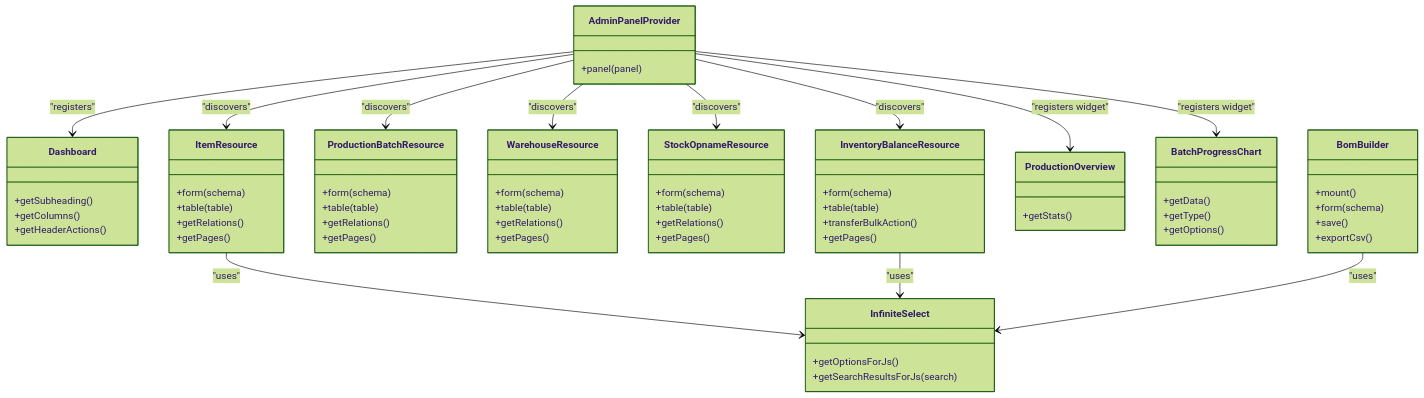
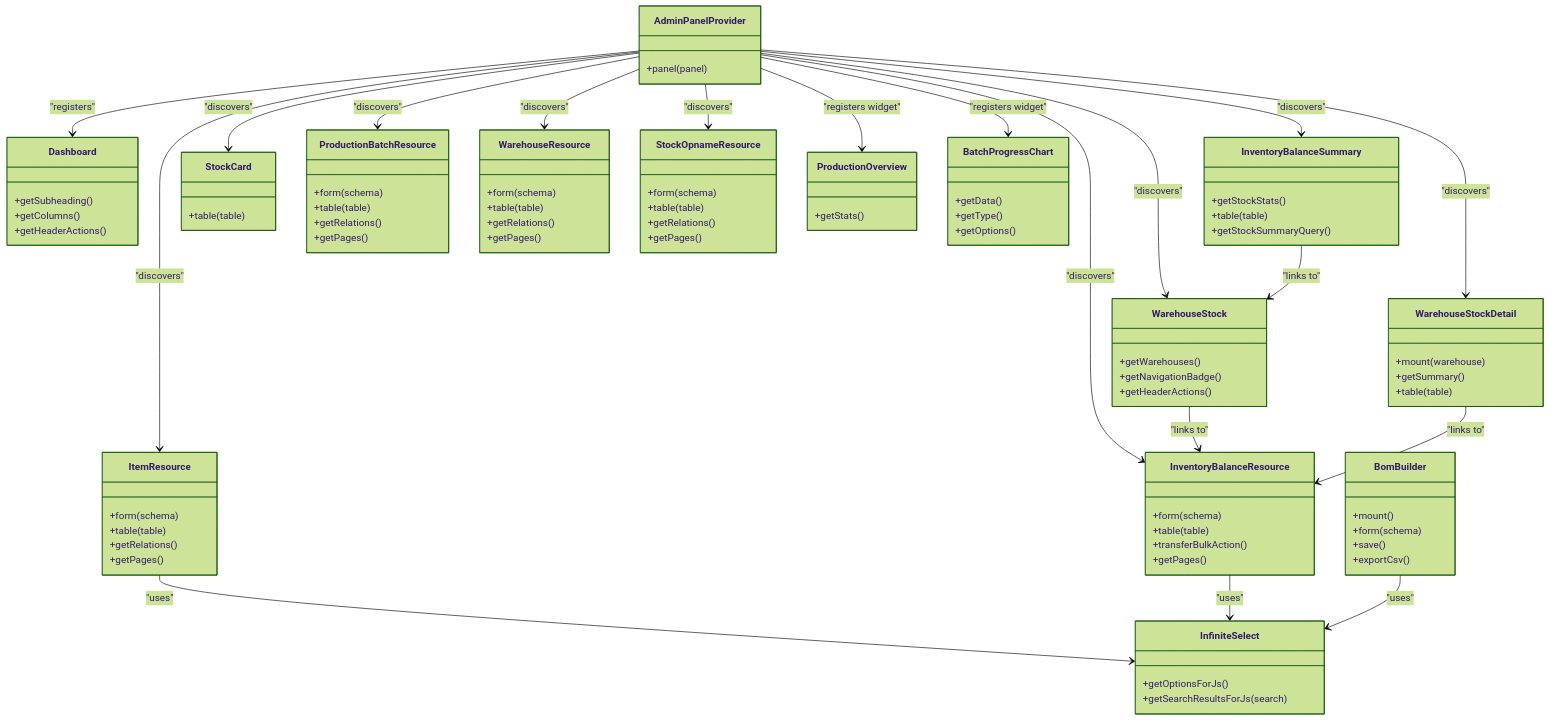
One commit to Dikksap/laravel_RsvHelmet changed the second of 18 diagrams in .qoder/repowiki/en/content/Filament Admin Panel/Filament Admin Panel.md. Above: the diagram before and after it, drawn with Mermaid (forest theme). The commit also changed other lines of this file and 129 other files, not shown here.

First line of the commit message:
Add Filament Admin Panel and Resources for RSV Helmet Warehouse Management Application

````diff
--- a/.qoder/repowiki/en/content/Filament Admin Panel/Filament Admin Panel.md
+++ b/.qoder/repowiki/en/content/Filament Admin Panel/Filament Admin Panel.md
@@ -104,6 +131,24 @@
 +getSubheading()
 +getColumns()
 +getHeaderActions()
+}
+class WarehouseStock {
++getWarehouses()
++getNavigationBadge()
++getHeaderActions()
+}
+class WarehouseStockDetail {
++mount(warehouse)
++getSummary()
++table(table)
+}
+class InventoryBalanceSummary {
++getStockStats()
++table(table)
++getStockSummaryQuery()
+}
+class StockCard {
++table(table)
 }
 class ItemResource {
 +form(schema)
@@ -154,6 +199,10 @@
 +exportCsv()
 }
 AdminPanelProvider --> Dashboard : "registers"
+AdminPanelProvider --> WarehouseStock : "discovers"
+AdminPanelProvider --> WarehouseStockDetail : "discovers"
+AdminPanelProvider --> InventoryBalanceSummary : "discovers"
+AdminPanelProvider --> StockCard : "discovers"
 AdminPanelProvider --> ItemResource : "discovers"
 AdminPanelProvider --> ProductionBatchResource : "discovers"
 AdminPanelProvider --> WarehouseResource : "discovers"
@@ -164,4 +213,7 @@
 ItemResource --> InfiniteSelect : "uses"
 InventoryBalanceResource --> InfiniteSelect : "uses"
 BomBuilder --> InfiniteSelect : "uses"
+WarehouseStock --> InventoryBalanceResource : "links to"
+WarehouseStockDetail --> InventoryBalanceResource : "links to"
+InventoryBalanceSummary --> WarehouseStock : "links to"
 ```
````
